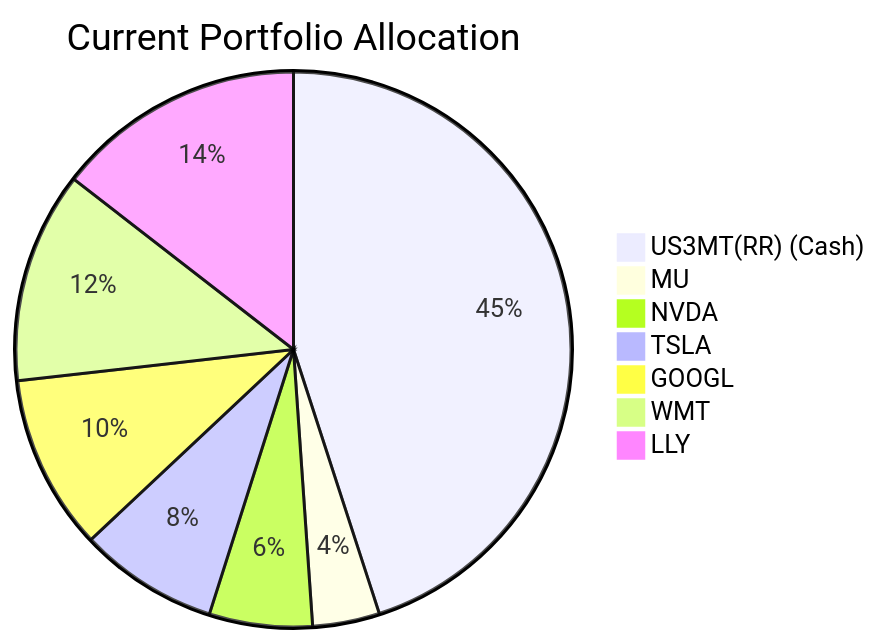
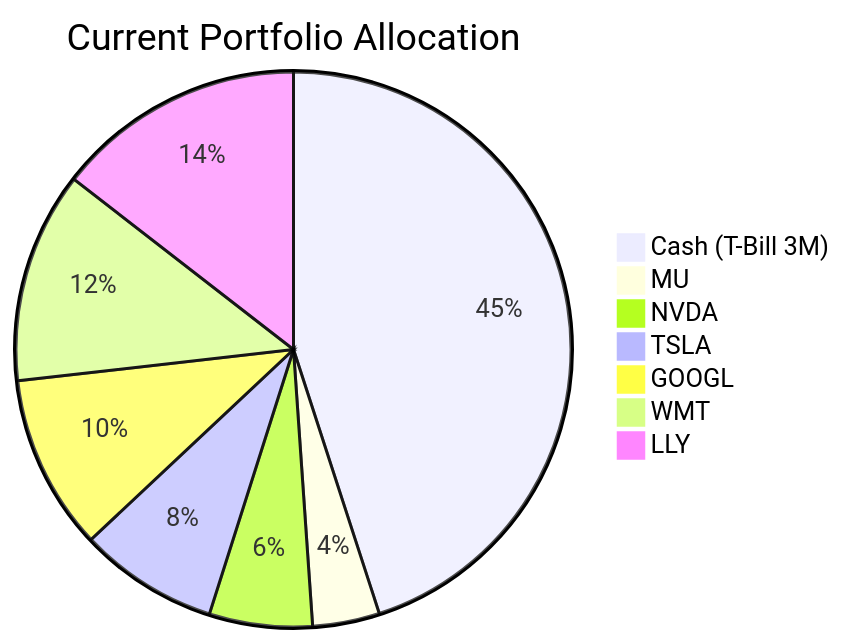
The first of 2 diagrams in docs/sample outputs/product_investor_matching-deepseek-v4-flash.md (roger249/Bot-collaboration), drawn with Mermaid before and after one commit. The commit also changed other lines of this file and 16 other files, not shown here.

````diff
--- a/docs/sample outputs/product_investor_matching-deepseek-v4-flash.md
+++ b/docs/sample outputs/product_investor_matching-deepseek-v4-flash.md
@@ -164,10 +45,10 @@
 ```mermaid
 pie title Current Portfolio Allocation
-    "US3MT(RR) (Cash)" : 45.0
+    "Cash (T-Bill 3M)" : 45.0
     "MU" : 3.9
     "NVDA" : 6.0
     "TSLA" : 8.1
     "GOOGL" : 10.2
     "WMT" : 12.3
     "LLY" : 14.5
 ```
````
